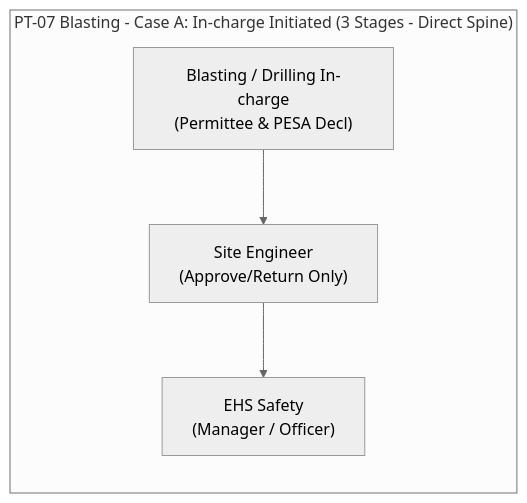
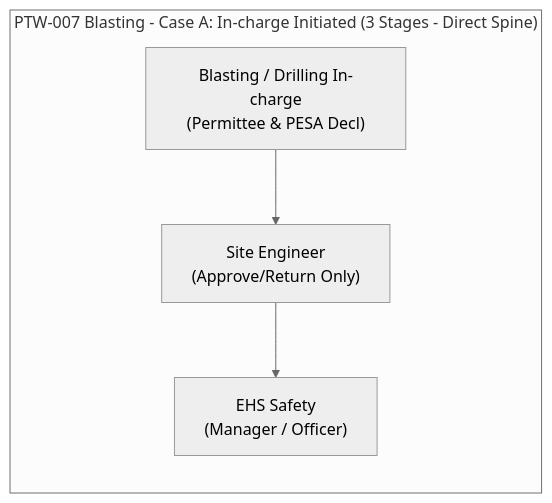
The ninth of 31 diagrams in README.md (AuroGroupAutomationBot/ARPL-EHS-Demo), drawn with Mermaid (neutral theme) before and after one commit. The commit also changed other lines of this file and 17 other files, not shown here.

````diff
--- a/README.md
+++ b/README.md
@@ -403,7 +404,7 @@
 ```mermaid
 graph LR
-    subgraph "PT-07 Blasting - Case A: In-charge Initiated (3 Stages - Direct Spine)"
+    subgraph "PTW-007 Blasting - Case A: In-charge Initiated (3 Stages - Direct Spine)"
         BIA1["Blasting / Drilling In-charge<br/>(Permittee & PESA Decl)"] --> BIA2["Site Engineer<br/>(Approve/Return Only)"]
         BIA2 --> BIA3["EHS Safety<br/>(Manager / Officer)"]
     end
 ```
````
